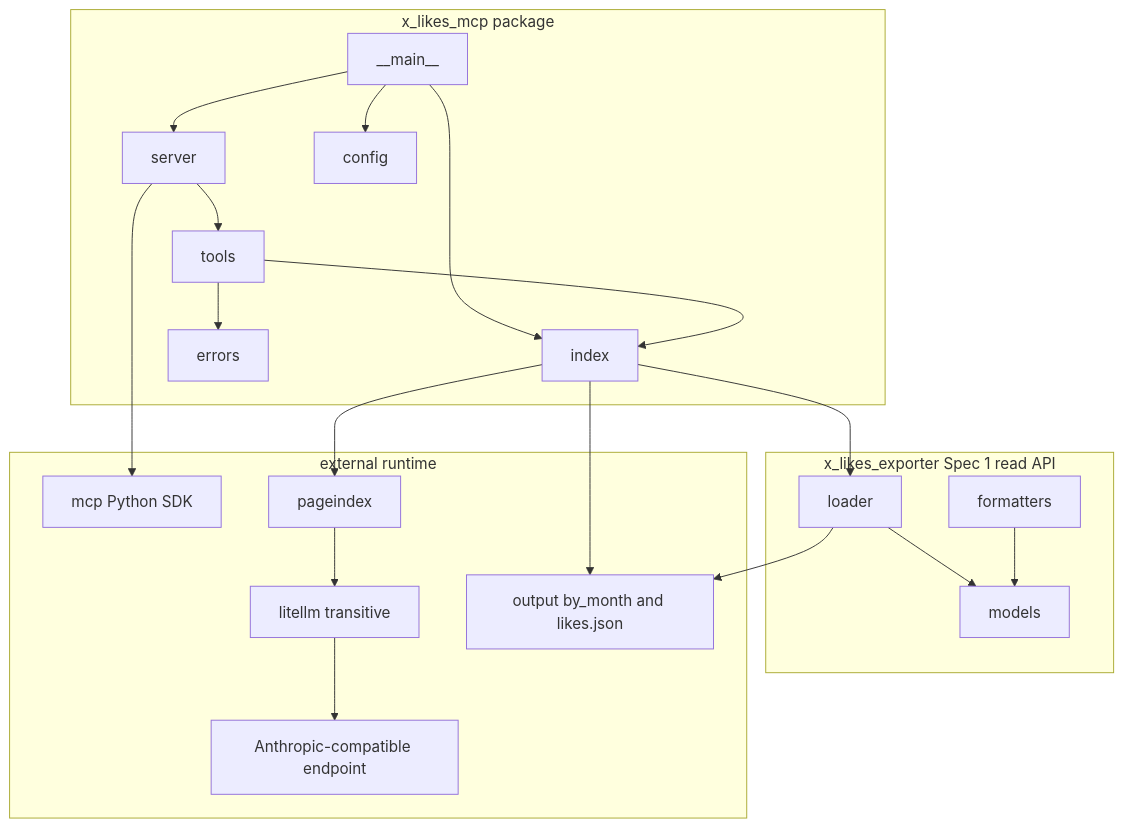
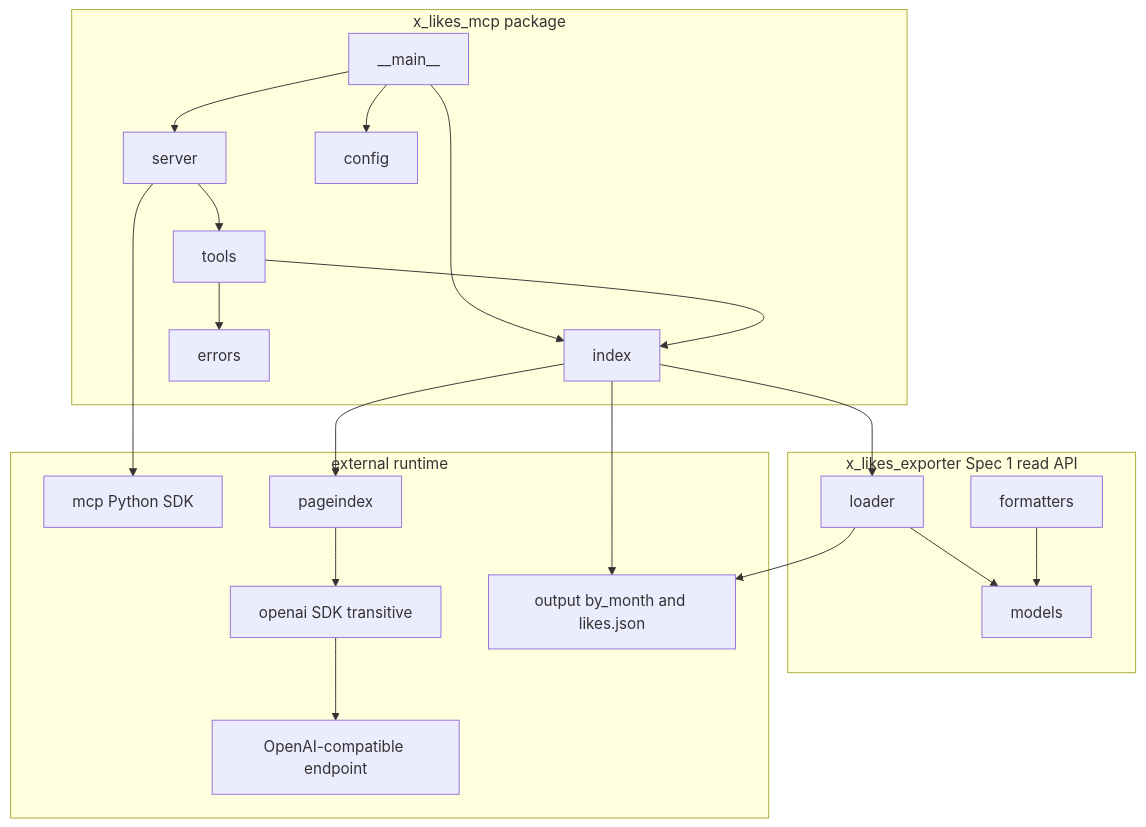
The first of 3 diagrams in .kiro/specs/mcp-pageindex/design.md (norandom/x_likes_scraper), drawn with Mermaid before and after one commit. The commit also changed other lines of this file and 13 other files, not shown here.

````diff
--- a/.kiro/specs/mcp-pageindex/design.md
+++ b/.kiro/specs/mcp-pageindex/design.md
@@ -100,39 +100,39 @@
 ```mermaid
 graph TB
     subgraph mcp_server[x_likes_mcp package]
         Main[__main__]
         Server[server]
         Tools[tools]
         Index[index]
         Config[config]
         Errors[errors]
     end
     subgraph upstream[x_likes_exporter Spec 1 read API]
         Loader[loader]
         Models[models]
         Formatters[formatters]
     end
     subgraph external[external runtime]
         MCP_SDK[mcp Python SDK]
         PageIndex_lib[pageindex]
-        LiteLLM[litellm transitive]
-        LLM[Anthropic-compatible endpoint]
+        OpenAI_SDK[openai SDK transitive]
+        LLM[OpenAI-compatible endpoint]
         Output[output by_month and likes.json]
     end
 
     Main --> Server
     Main --> Config
     Main --> Index
     Server --> Tools
     Server --> MCP_SDK
     Tools --> Index
     Tools --> Errors
     Index --> PageIndex_lib
     Index --> Loader
     Index --> Output
-    PageIndex_lib --> LiteLLM
-    LiteLLM --> LLM
+    PageIndex_lib --> OpenAI_SDK
+    OpenAI_SDK --> LLM
     Loader --> Output
     Loader --> Models
     Formatters --> Models
 ```
````
